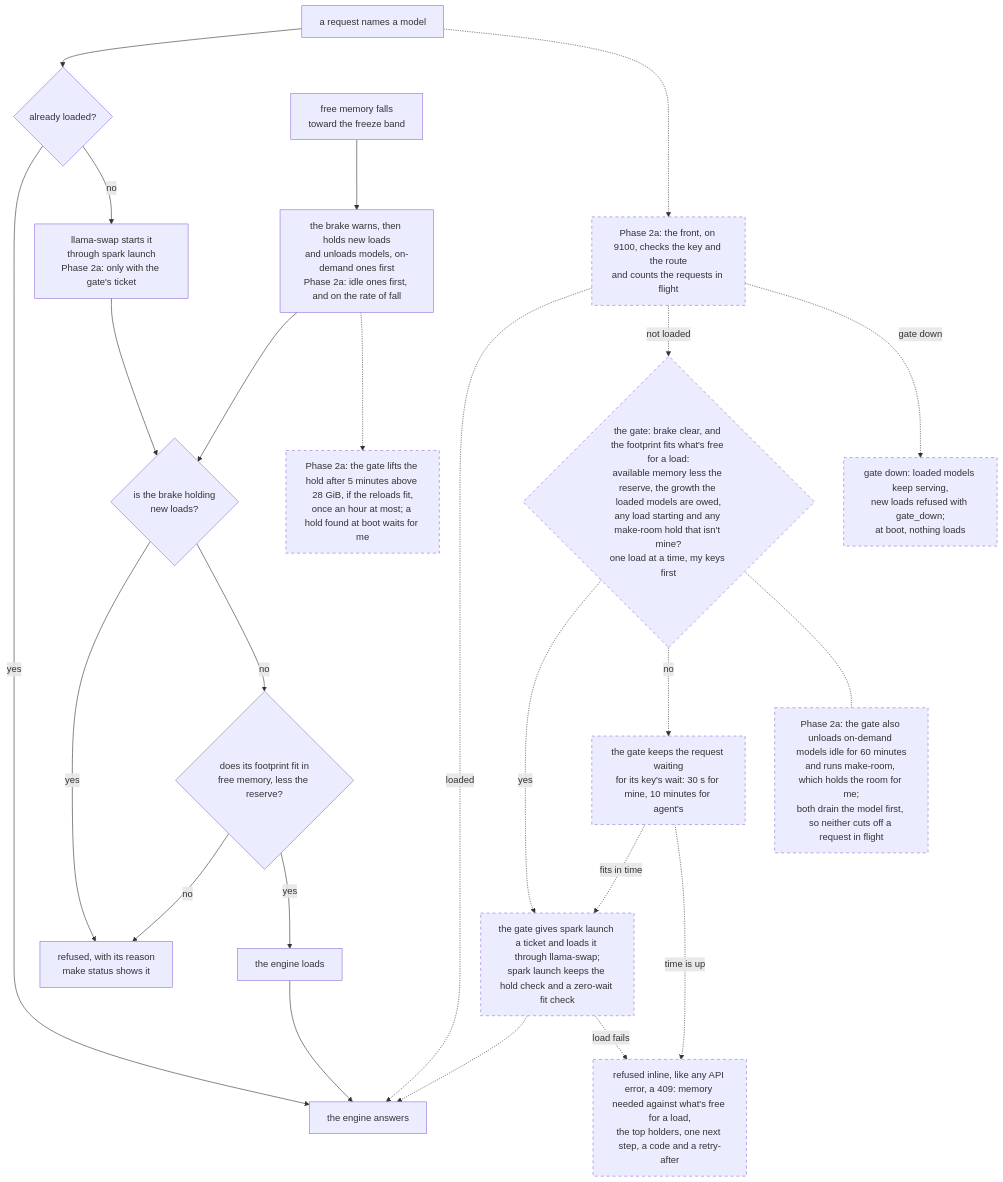
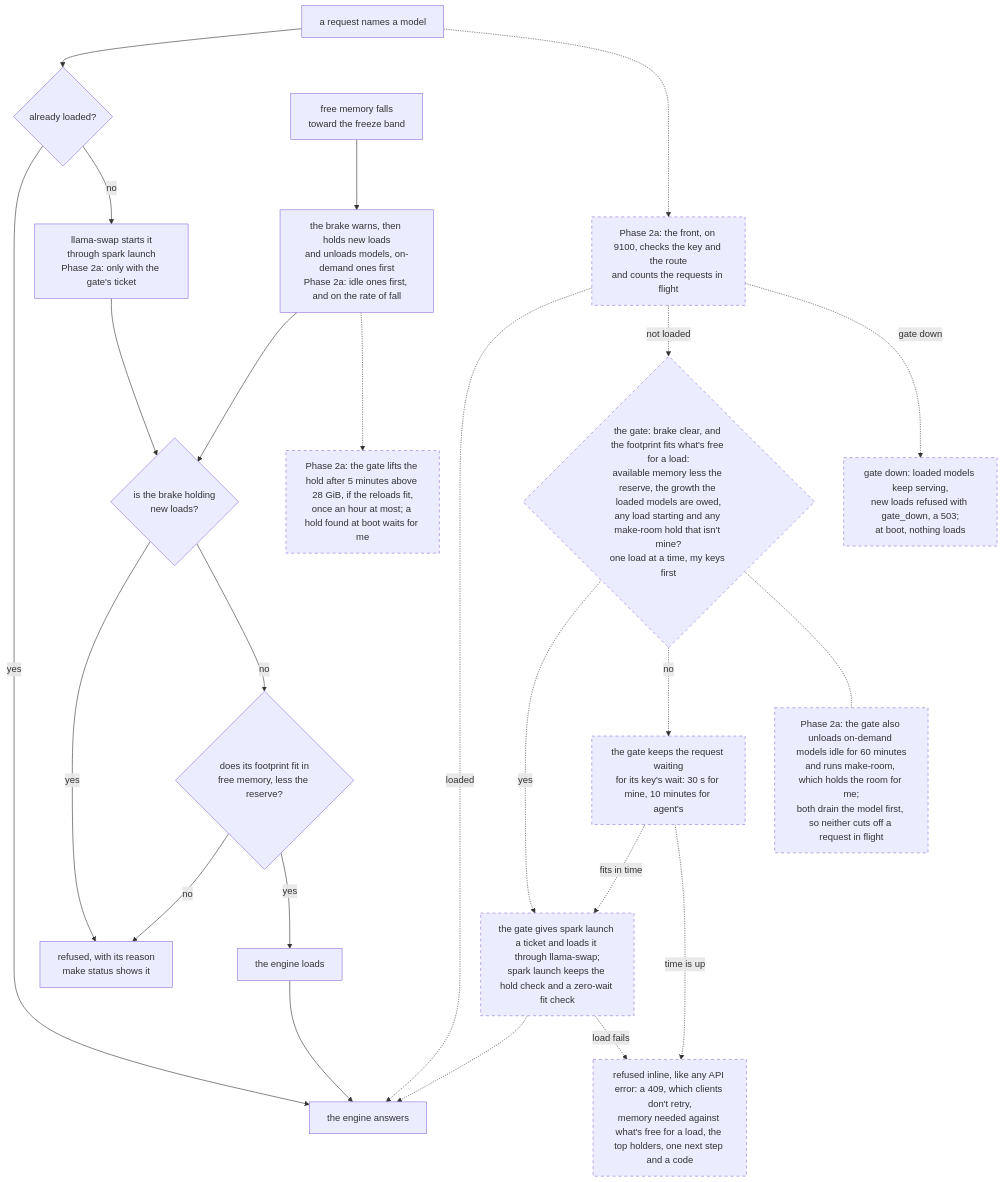
The third of 4 diagrams in website/architecture.qmd (chendaniely/local-ai), drawn with Mermaid before and after one commit. The commit also changed other lines of this file and 16 other files, not shown here.

````diff
--- a/website/architecture.qmd
+++ b/website/architecture.qmd
@@ -180,37 +181,37 @@
 ```{mermaid}
 flowchart TD
   classDef planned stroke-dasharray: 5 5
 
   req["a request names a model"] --> loaded{"already loaded?"}
   loaded -- yes --> answer["the engine answers"]
   loaded -- no --> launch["llama-swap starts it<br/>through spark launch<br/>Phase 2a: only with the gate's ticket"]
   launch --> held{"is the brake holding<br/>new loads?"}
   held -- yes --> refuse["refused, with its reason<br/>make status shows it"]
   held -- no --> fits{"does its footprint fit in<br/>free memory, less the reserve?"}
   fits -- no --> refuse
   fits -- yes --> load["the engine loads"] --> answer
   low["free memory falls<br/>toward the freeze band"] --> brake["the brake warns, then holds new loads<br/>and unloads models, on-demand ones first<br/>Phase 2a: idle ones first, and on the rate of fall"]
   brake --> held
 
   front["Phase 2a: the front, on 9100, checks the key and the route<br/>and counts the requests in flight"]:::planned
-  gdown["gate down: loaded models keep serving,<br/>new loads refused with gate_down;<br/>at boot, nothing loads"]:::planned
+  gdown["gate down: loaded models keep serving,<br/>new loads refused with gate_down, a 503;<br/>at boot, nothing loads"]:::planned
   ask{"the gate: brake clear, and the footprint fits what's free for a load:<br/>available memory less the reserve, the growth the loaded models are owed,<br/>any load starting and any make-room hold that isn't mine?<br/>one load at a time, my keys first"}:::planned
   gload["the gate gives spark launch a ticket and loads it through llama-swap;<br/>spark launch keeps the hold check and a zero-wait fit check"]:::planned
   hold["the gate keeps the request waiting<br/>for its key's wait: 30 s for mine, 10 minutes for agent's"]:::planned
-  inline["refused inline, like any API error, a 409: memory needed against what's free for a load,<br/>the top holders, one next step, a code and a retry-after"]:::planned
+  inline["refused inline, like any API error: a 409, which clients don't retry,<br/>memory needed against what's free for a load, the top holders, one next step and a code"]:::planned
   release["Phase 2a: the gate lifts the hold after 5 minutes above 28 GiB, if the reloads fit,<br/>once an hour at most; a hold found at boot waits for me"]:::planned
   idle["Phase 2a: the gate also unloads on-demand models idle for 60 minutes<br/>and runs make-room, which holds the room for me;<br/>both drain the model first, so neither cuts off a request in flight"]:::planned
 
   req -.-> front
   front -. loaded .-> answer
   front -. "not loaded" .-> ask
   front -. "gate down" .-> gdown
   ask -. yes .-> gload
   gload -.-> answer
   gload -. "load fails" .-> inline
   ask -. no .-> hold
   hold -. "fits in time" .-> gload
   hold -. "time is up" .-> inline
   brake -.-> release
   ask -.- idle
 ```
````
